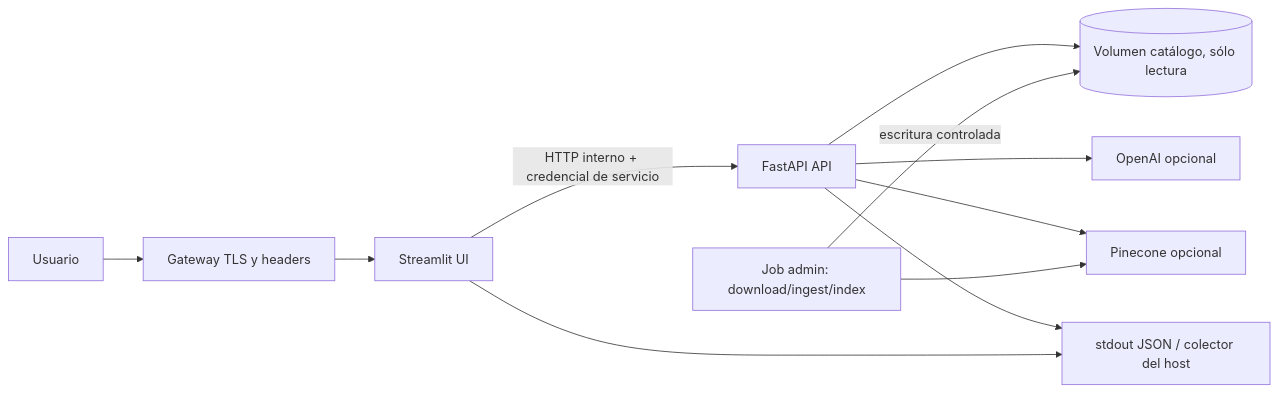
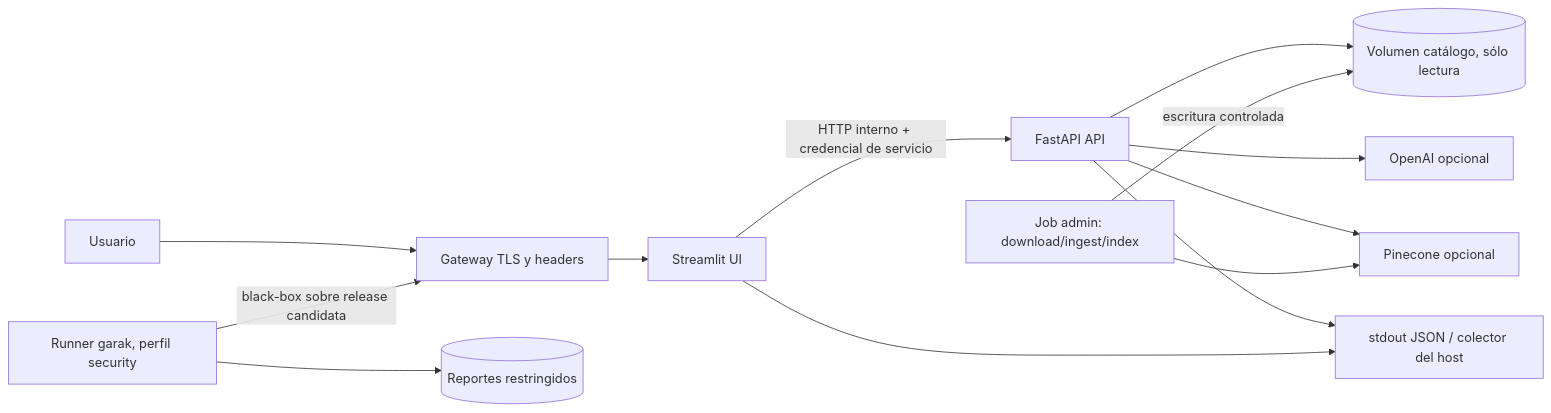
The diagram in docs/plan-v2-production-poc.md (gusjrivas/PLN3_AgroRAG_GJR), drawn with Mermaid before and after one commit. The commit also changed other lines of this file and 1 other file, not shown here.

Commit message:
docs: add garak security gate to v2 plan

````diff
--- a/docs/plan-v2-production-poc.md
+++ b/docs/plan-v2-production-poc.md
@@ -37,13 +41,15 @@
 ```mermaid
 flowchart LR
   U[Usuario] --> G[Gateway TLS y headers]
   G --> UI[Streamlit UI]
   UI -->|HTTP interno + credencial de servicio| API[FastAPI API]
   API --> CAT[(Volumen catálogo, sólo lectura)]
   API --> OA[OpenAI opcional]
   API --> PC[Pinecone opcional]
   ADM[Job admin: download/ingest/index] -->|escritura controlada| CAT
   ADM --> PC
+  GARAK[Runner garak, perfil security] -->|black-box sobre release candidata| G
+  GARAK --> REP[(Reportes restringidos)]
   API --> LOG[stdout JSON / colector del host]
   UI --> LOG
 ```
````
